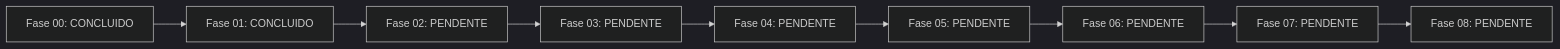
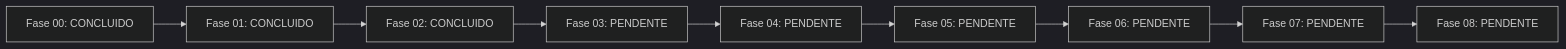
One commit to jhsfhtls/dbt-dataops-governance-engine changed the diagram in JORNADA_IMPLEMENTACAO.md. Above: the diagram before and after it, drawn with Mermaid (dark theme). The commit also changed other lines of this file and 13 other files, not shown here.

````diff
--- a/JORNADA_IMPLEMENTACAO.md
+++ b/JORNADA_IMPLEMENTACAO.md
@@ -24,20 +24,20 @@
 ```mermaid
 flowchart LR
     P00["Fase 00: CONCLUIDO"]
     P01["Fase 01: CONCLUIDO"]
-    P02["Fase 02: PENDENTE"]
+    P02["Fase 02: CONCLUIDO"]
     P03["Fase 03: PENDENTE"]
     P04["Fase 04: PENDENTE"]
     P05["Fase 05: PENDENTE"]
     P06["Fase 06: PENDENTE"]
     P07["Fase 07: PENDENTE"]
     P08["Fase 08: PENDENTE"]
     P00 --> P01
     P01 --> P02
     P02 --> P03
     P03 --> P04
     P04 --> P05
     P05 --> P06
     P06 --> P07
     P07 --> P08
 ```
````
